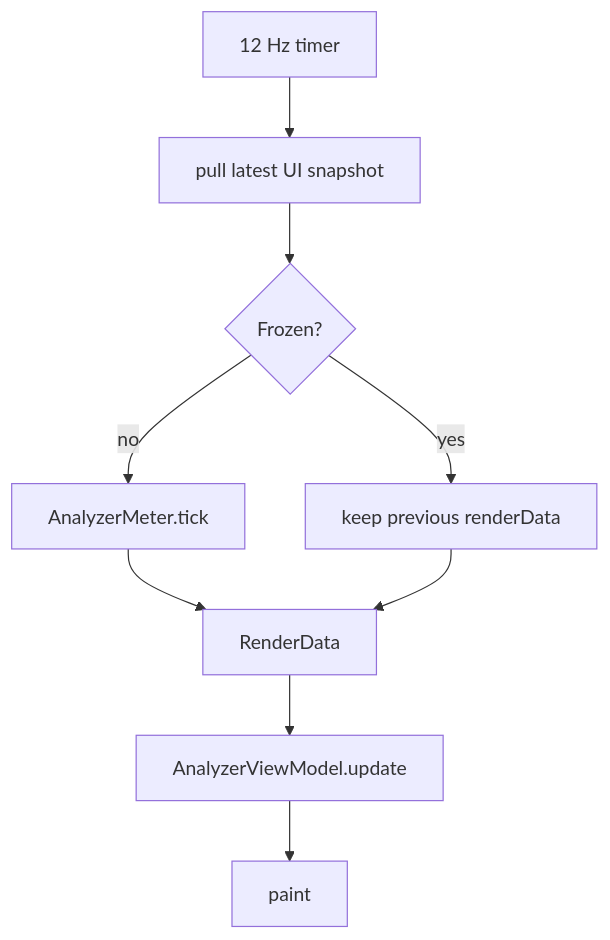
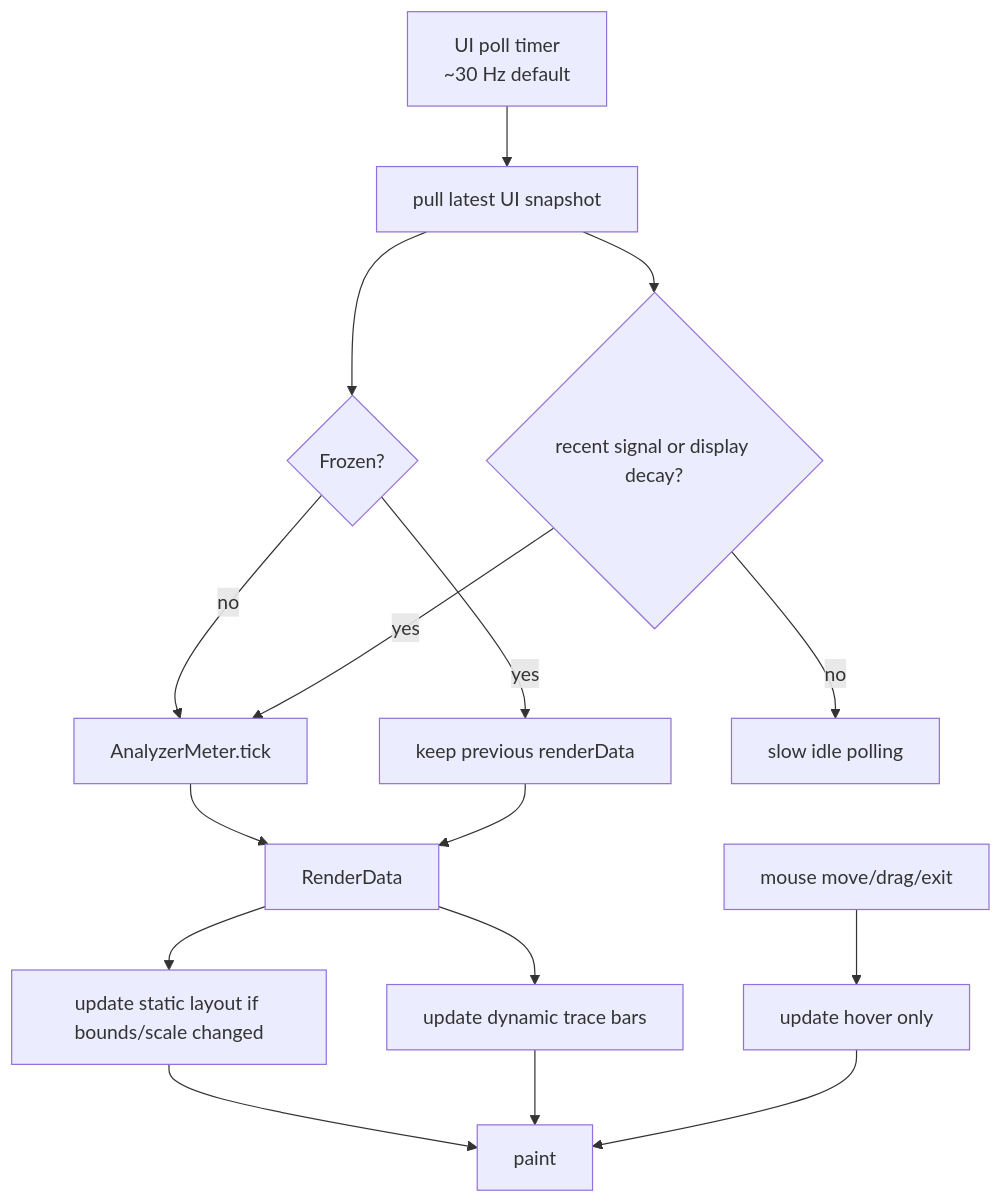
Before and after one commit to Silenterc/Band-Spectrum-Analyzer: the fourth of 10 diagrams in docs/ui-architecture.md, drawn with Mermaid. The commit also changed other lines of this file and 17 other files, not shown here.

Commit message:
optimized performance 2x by not redrawing everything and rather caching static data

````diff
--- a/docs/ui-architecture.md
+++ b/docs/ui-architecture.md
@@ -90,11 +90,18 @@
 ```mermaid
 flowchart TD
-    Timer[12 Hz timer] --> Pull[pull latest UI snapshot]
+    Timer[UI poll timer\n~30 Hz default] --> Pull[pull latest UI snapshot]
     Pull --> Frozen{Frozen?}
+    Pull --> Activity{recent signal or display decay?}
     Frozen -->|no| Meter[AnalyzerMeter.tick]
     Frozen -->|yes| Keep[keep previous renderData]
+    Activity -->|no| Idle[slow idle polling]
+    Activity -->|yes| Meter
     Meter --> RenderData[RenderData]
     Keep --> RenderData
-    RenderData --> ViewModel[AnalyzerViewModel.update]
-    ViewModel --> Paint[paint]
+    RenderData --> Static[update static layout if bounds/scale changed]
+    RenderData --> Dynamic[update dynamic trace bars]
+    Hover[mouse move/drag/exit] --> HoverModel[update hover only]
+    Static --> Paint[paint]
+    Dynamic --> Paint
+    HoverModel --> Paint
 ```
````
